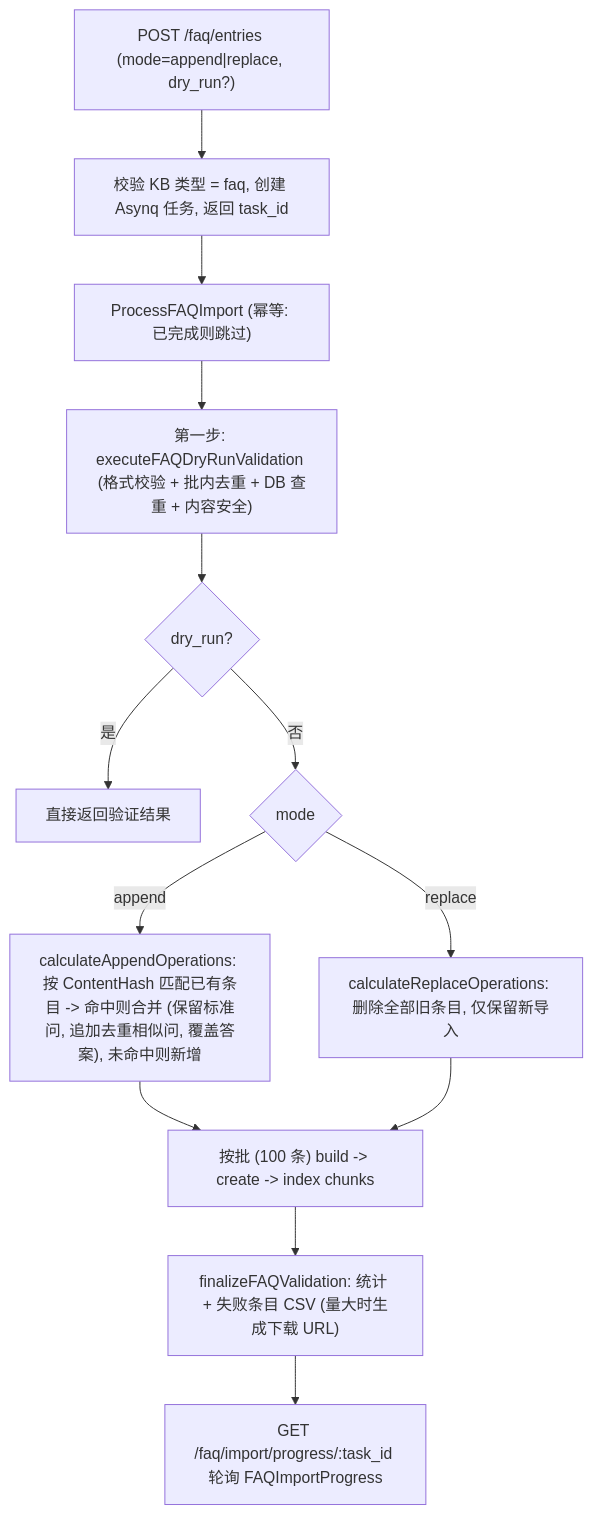
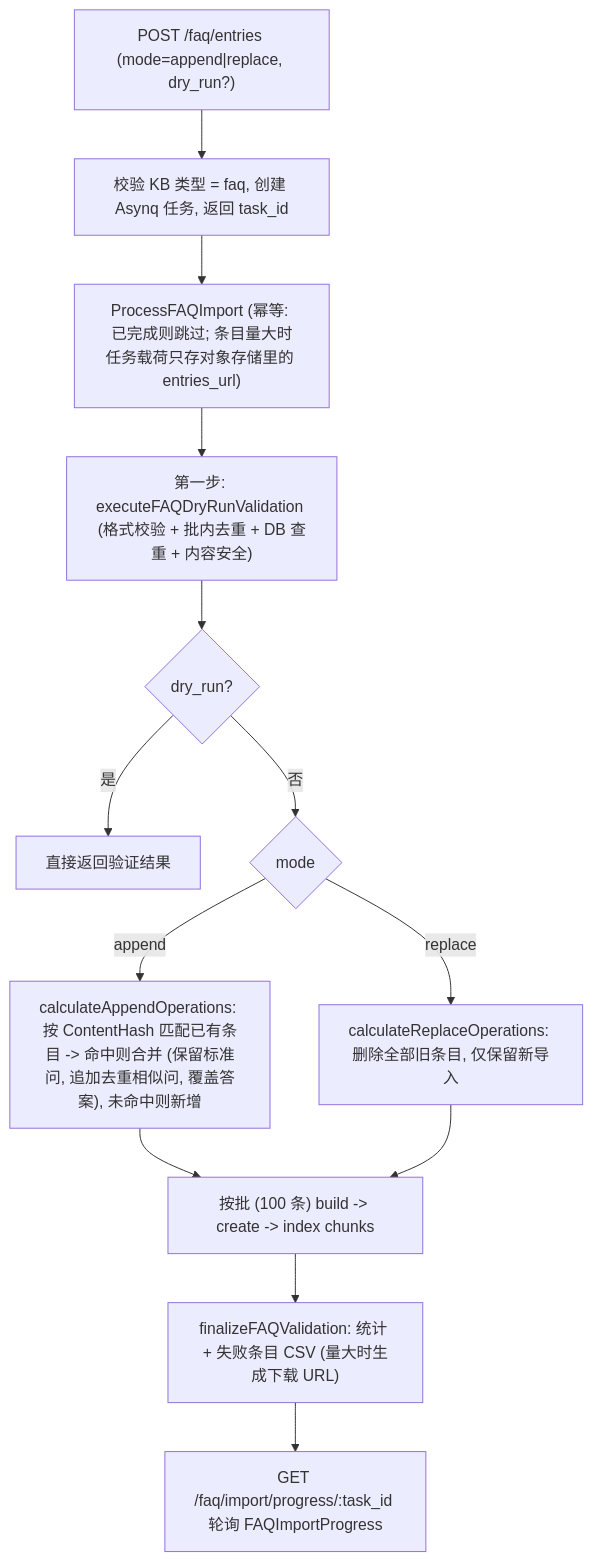
One commit to magicyuan876/Yuheng changed the first of 2 diagrams in website-docs/03-features/17-faq.md. Above: the diagram before and after it, drawn with Mermaid. The commit also changed other lines of this file and 18 other files, not shown here.

````diff
--- a/website-docs/03-features/17-faq.md
+++ b/website-docs/03-features/17-faq.md
@@ -127,15 +133,15 @@
 ```mermaid
 flowchart TB
     A["POST /faq/entries (mode=append|replace, dry_run?)"] --> B["校验 KB 类型 = faq, 创建 Asynq 任务, 返回 task_id"]
-    B --> C["ProcessFAQImport (幂等: 已完成则跳过)"]
+    B --> C["ProcessFAQImport (幂等: 已完成则跳过; 条目量大时任务载荷只存对象存储里的 entries_url)"]
     C --> D["第一步: executeFAQDryRunValidation (格式校验 + 批内去重 + DB 查重 + 内容安全)"]
     D --> E{"dry_run?"}
     E -- "是" --> F["直接返回验证结果"]
     E -- "否" --> G{"mode"}
     G -- "append" --> H["calculateAppendOperations: 按 ContentHash 匹配已有条目 -> 命中则合并 (保留标准问, 追加去重相似问, 覆盖答案), 未命中则新增"]
     G -- "replace" --> I["calculateReplaceOperations: 删除全部旧条目, 仅保留新导入"]
     H --> J["按批 (100 条) build -> create -> index chunks"]
     I --> J
     J --> K["finalizeFAQValidation: 统计 + 失败条目 CSV (量大时生成下载 URL)"]
     K --> L["GET /faq/import/progress/:task_id 轮询 FAQImportProgress"]
 ```
````
